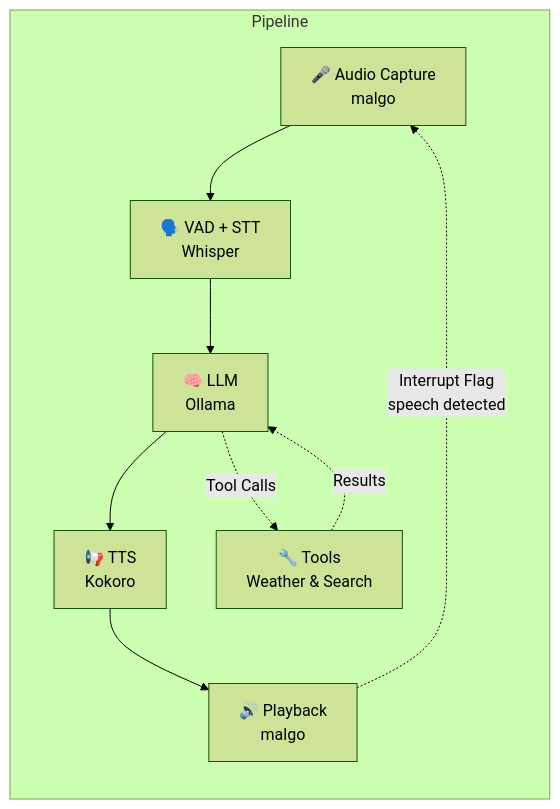
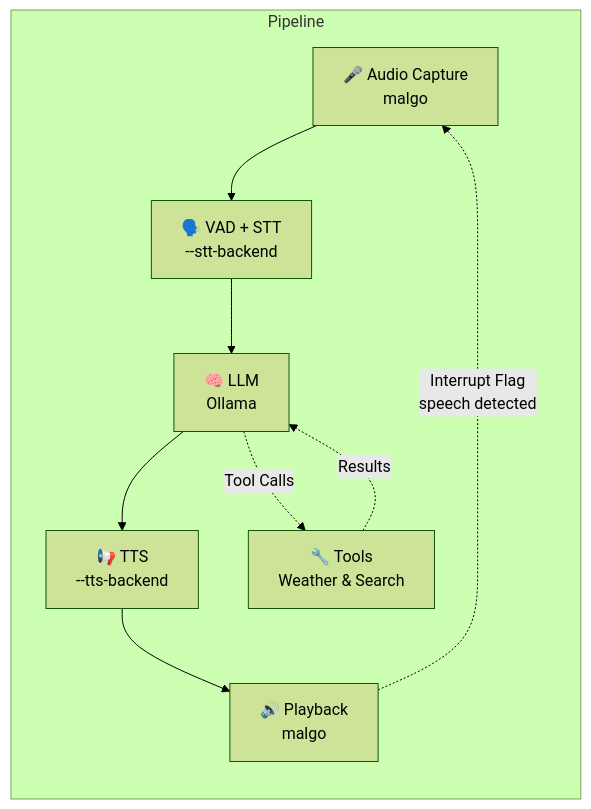
One commit to agalue/sherpa-voice-assistant changed the diagram in README.md. Above: the diagram before and after it, drawn with Mermaid (forest theme). The commit also changed other lines of this file and 41 other files, not shown here.

First line of the commit message:
refactor: decouple STT/TTS behind interfaces for model-independent backends (#15)

````diff
--- a/README.md
+++ b/README.md
@@ -61,13 +61,13 @@
 ```mermaid
 flowchart LR
     subgraph Pipeline
-        A[🎤 Audio Capture<br/>malgo] --> B[🗣️ VAD + STT<br/>Whisper]
+        A[🎤 Audio Capture<br/>malgo] --> B[🗣️ VAD + STT<br/>--stt-backend]
         B --> C[🧠 LLM<br/>Ollama]
-        C --> D[📢 TTS<br/>Kokoro]
+        C --> D[📢 TTS<br/>--tts-backend]
         D --> E[🔊 Playback<br/>malgo]
         C -.->|Tool Calls| F[🔧 Tools<br/>Weather & Search]
         F -.->|Results| C
     end
     
     E -.->|Interrupt Flag<br/>speech detected| A
 ```
````
